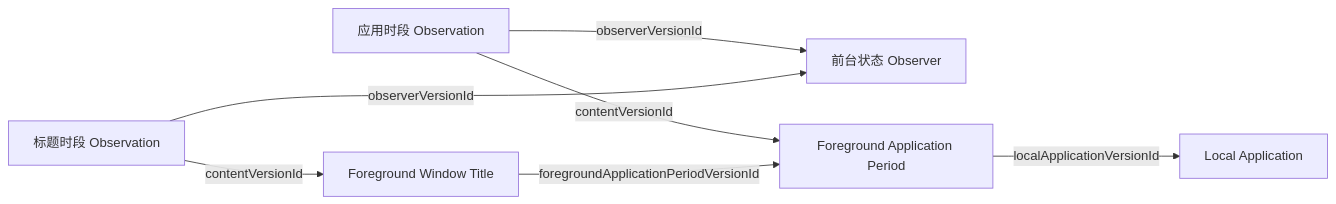
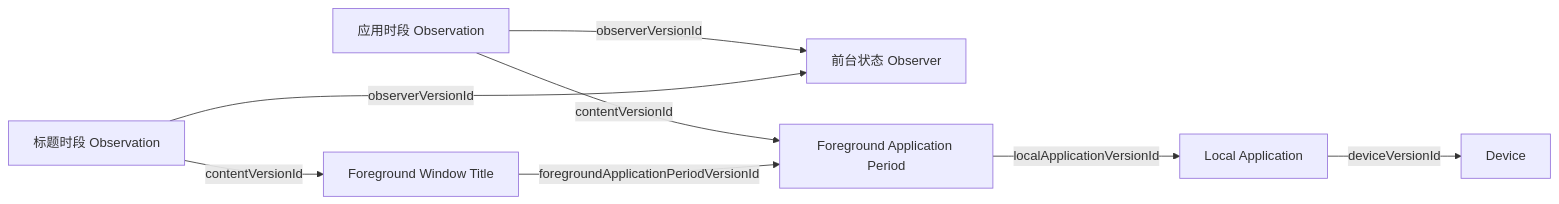
The diagram in src/Docs/Orisumi.Docs/content/docs/observers/foreground-state/index.mdx (shenxianovo/Heartbeat), drawn with Mermaid before and after one commit. The commit also changed other lines of this file and 97 other files, not shown here.

````diff
--- a/src/Docs/Orisumi.Docs/content/docs/observers/foreground-state/index.mdx
+++ b/src/Docs/Orisumi.Docs/content/docs/observers/foreground-state/index.mdx
@@ -23,15 +24,17 @@
 ```mermaid
 flowchart LR
   O[应用时段 Observation] -->|observerVersionId| R[前台状态 Observer]
   O -->|contentVersionId| C[Foreground Application Period]
   C -->|localApplicationVersionId| A[Local Application]
+  A -->|deviceVersionId| D[Device]
   T[标题时段 Observation] -->|observerVersionId| R
   T -->|contentVersionId| TC[Foreground Window Title]
   TC -->|foregroundApplicationPeriodVersionId| C
   click O "/core/model/observation"
   click T "/core/model/observation"
   click R "/observers/foreground-state/foreground-state-observer"
   click C "/observers/foreground-state/foreground-application-period"
   click A "/observers/foreground-state/local-application"
+  click D "/observers/device-state/device"
   click TC "/observers/foreground-state/foreground-window-title"
 ```
````
